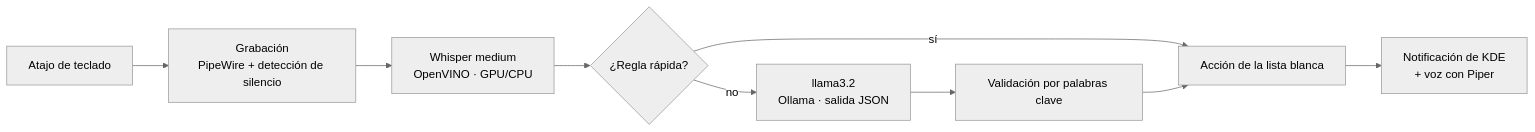
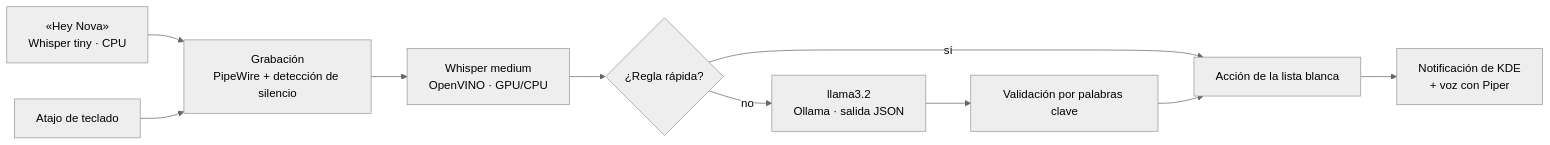
The diagram in README.md (frantsiles/asistente-voz), drawn with Mermaid (neutral theme) before and after one commit. The commit also changed other lines of this file and 3 other files, not shown here.

First line of the commit message:
Palabra de activación configurable ("Hey Nova")

````diff
--- a/README.md
+++ b/README.md
@@ -7,10 +7,11 @@
 ```mermaid
 flowchart LR
+    W["«Hey Nova»<br/>Whisper tiny · CPU"] --> B
     A[Atajo de teclado] --> B[Grabación<br/>PipeWire + detección de silencio]
     B --> C[Whisper medium<br/>OpenVINO · GPU/CPU]
     C --> D{¿Regla rápida?}
     D -- sí --> F[Acción de la lista blanca]
     D -- no --> E[llama3.2<br/>Ollama · salida JSON]
     E --> V[Validación por palabras clave] --> F
     F --> G[Notificación de KDE<br/>+ voz con Piper]
 ```
````
